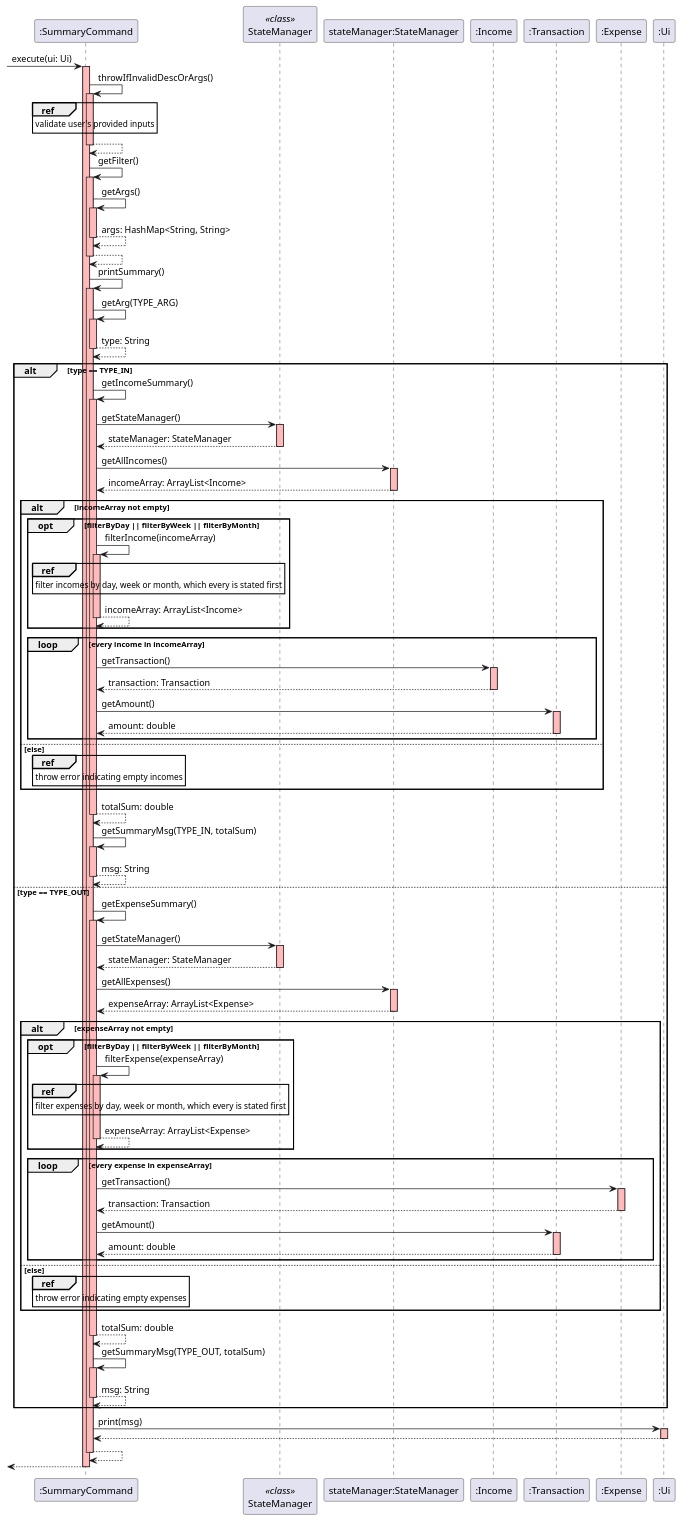
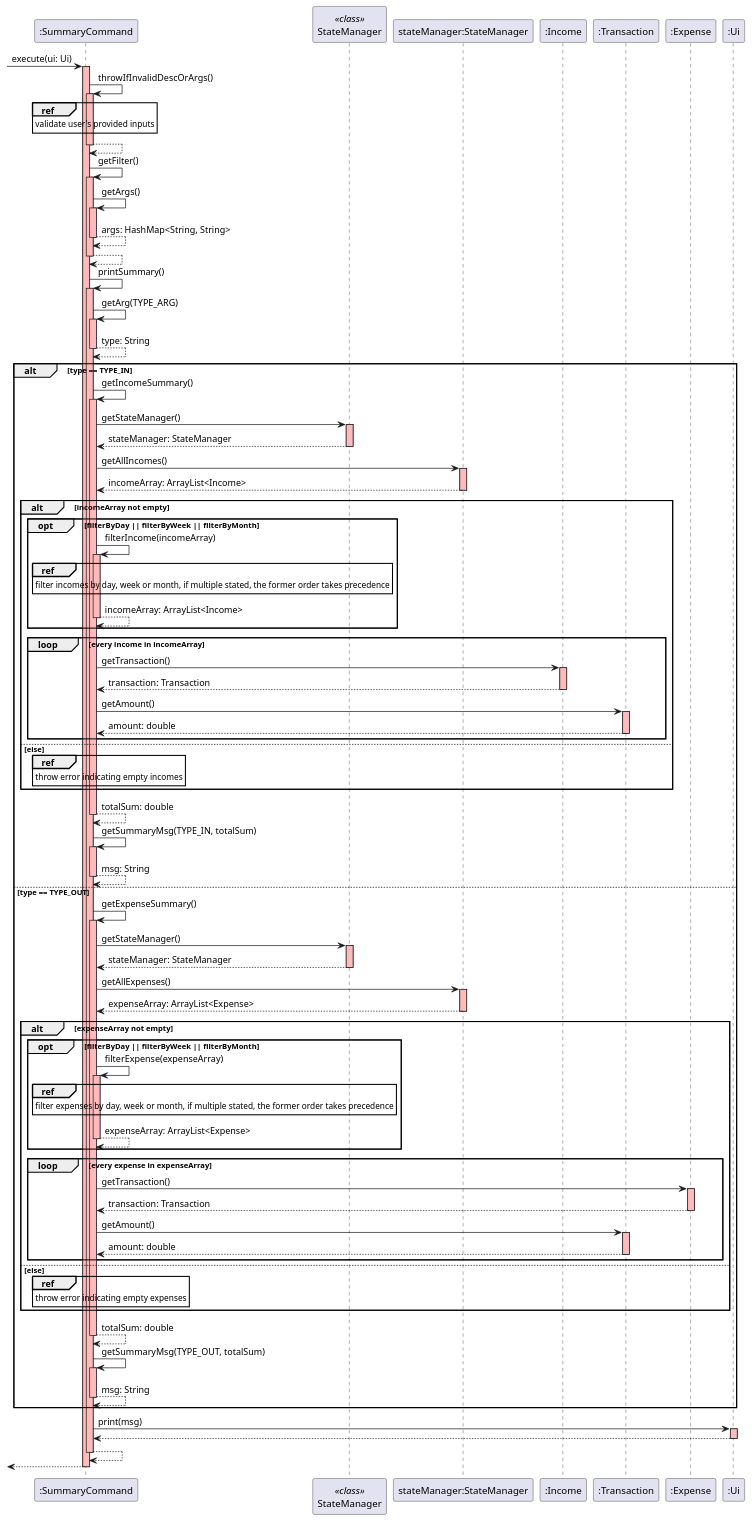
Before and after one commit to sRanay/tp: the diagram in docs/diagrams/summary-feature-sequence.puml, drawn with PlantUML. The commit also changed 1 other file, not shown here.

```diff
--- a/docs/diagrams/summary-feature-sequence.puml
+++ b/docs/diagrams/summary-feature-sequence.puml
@@ -1,116 +1,116 @@
 @startuml
 -> ":SummaryCommand": execute(ui: Ui)
 activate ":SummaryCommand" #FFBBBB
 
 ":SummaryCommand" -> ":SummaryCommand": throwIfInvalidDescOrArgs()
 activate ":SummaryCommand" #FFBBBB
 ref over ":SummaryCommand": validate user's provided inputs
 ":SummaryCommand" --> ":SummaryCommand"
 deactivate
 
 ":SummaryCommand" -> ":SummaryCommand": getFilter()
 activate ":SummaryCommand" #FFBBBB
 ":SummaryCommand" -> ":SummaryCommand": getArgs()
 activate ":SummaryCommand" #FFBBBB
 ":SummaryCommand" --> ":SummaryCommand": args: HashMap<String, String>
 deactivate
 ":SummaryCommand" --> ":SummaryCommand"
 deactivate
 
 ":SummaryCommand" -> ":SummaryCommand": printSummary()
 activate ":SummaryCommand" #FFBBBB
 ":SummaryCommand" -> ":SummaryCommand": getArg(TYPE_ARG)
 activate ":SummaryCommand" #FFBBBB
 ":SummaryCommand" --> ":SummaryCommand": type: String
 deactivate
 alt type == TYPE_IN
     ":SummaryCommand" -> ":SummaryCommand": getIncomeSummary()
     activate ":SummaryCommand" #FFBBBB
     participant StateManager <<class>>
     ":SummaryCommand" -> "StateManager": getStateManager()
     activate StateManager #FFBBBB
     "StateManager" --> ":SummaryCommand": stateManager: StateManager
     deactivate
     ":SummaryCommand" -> "stateManager:StateManager": getAllIncomes()
     activate "stateManager:StateManager" #FFBBBB
     "stateManager:StateManager" --> ":SummaryCommand": incomeArray: ArrayList<Income>
     deactivate
     alt incomeArray not empty
         opt filterByDay || filterByWeek || filterByMonth
             ":SummaryCommand" -> ":SummaryCommand": filterIncome(incomeArray)
             activate ":SummaryCommand" #FFBBBB
-            ref over ":SummaryCommand": filter incomes by day, week or month, which every is stated first
+            ref over ":SummaryCommand": filter incomes by day, week or month, if multiple stated, the former order takes precedence
             ":SummaryCommand" --> ":SummaryCommand": incomeArray: ArrayList<Income>
             deactivate
         end
         loop every income in incomeArray
             ":SummaryCommand" -> ":Income": getTransaction()
             activate ":Income" #FFBBBB
             ":Income" --> ":SummaryCommand": transaction: Transaction
             deactivate
             ":SummaryCommand" -> ":Transaction": getAmount()
             activate ":Transaction" #FFBBBB
             ":Transaction" --> ":SummaryCommand": amount: double
             deactivate
         end
     else else
         ref over ":SummaryCommand": throw error indicating empty incomes
     end
     ":SummaryCommand" --> ":SummaryCommand": totalSum: double
     deactivate
 
     ":SummaryCommand" -> ":SummaryCommand": getSummaryMsg(TYPE_IN, totalSum)
     activate ":SummaryCommand" #FFBBBB
     ":SummaryCommand" --> ":SummaryCommand": msg: String
     deactivate
 else type == TYPE_OUT
     ":SummaryCommand" -> ":SummaryCommand": getExpenseSummary()
     activate ":SummaryCommand" #FFBBBB
     ":SummaryCommand" -> "StateManager": getStateManager()
     activate StateManager #FFBBBB
     "StateManager" --> ":SummaryCommand": stateManager: StateManager
     deactivate
     ":SummaryCommand" -> "stateManager:StateManager": getAllExpenses()
     activate "stateManager:StateManager" #FFBBBB
     "stateManager:StateManager" --> ":SummaryCommand": expenseArray: ArrayList<Expense>
     deactivate
     alt expenseArray not empty
         opt filterByDay || filterByWeek || filterByMonth
             ":SummaryCommand" -> ":SummaryCommand": filterExpense(expenseArray)
             activate ":SummaryCommand" #FFBBBB
-            ref over ":SummaryCommand": filter expenses by day, week or month, which every is stated first
+            ref over ":SummaryCommand": filter expenses by day, week or month, if multiple stated, the former order takes precedence
             ":SummaryCommand" --> ":SummaryCommand": expenseArray: ArrayList<Expense>
             deactivate
         end
         loop every expense in expenseArray
             ":SummaryCommand" -> ":Expense": getTransaction()
             activate ":Expense" #FFBBBB
             ":Expense" --> ":SummaryCommand": transaction: Transaction
             deactivate
             ":SummaryCommand" -> ":Transaction": getAmount()
             activate ":Transaction" #FFBBBB
             ":Transaction" --> ":SummaryCommand": amount: double
             deactivate
         end
     else else
         ref over ":SummaryCommand": throw error indicating empty expenses
     end
     ":SummaryCommand" --> ":SummaryCommand": totalSum: double
     deactivate
 
     ":SummaryCommand" -> ":SummaryCommand": getSummaryMsg(TYPE_OUT, totalSum)
     activate ":SummaryCommand" #FFBBBB
     ":SummaryCommand" --> ":SummaryCommand": msg: String
     deactivate
 end
 ":SummaryCommand" -> ":Ui": print(msg)
 activate ":Ui" #FFBBBB
 ":Ui" --> ":SummaryCommand"
 deactivate
 
 ":SummaryCommand" --> ":SummaryCommand"
 deactivate
 
 <-- ":SummaryCommand"
 deactivate
 @enduml
```
